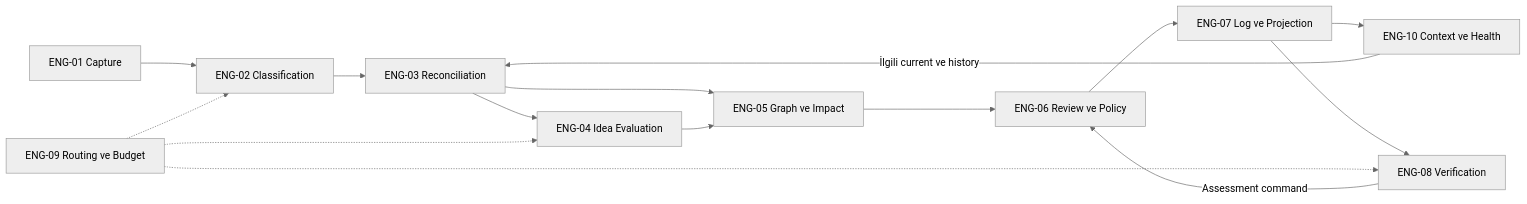
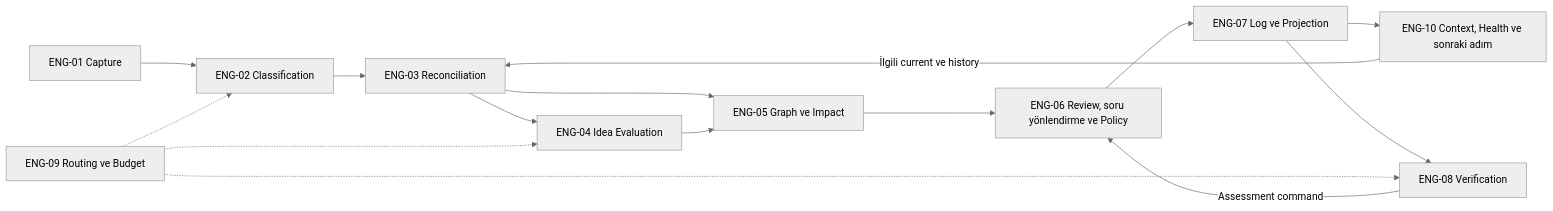
Before and after one commit to alphanAkbulut/decivora: the second of 13 diagrams in docs/architecture/diagrams.md, drawn with Mermaid (neutral theme). The commit also changed other lines of this file and 15 other files, not shown here.

Commit message:
docs: align diagrams and define administration and operations

````diff
--- a/docs/architecture/diagrams.md
+++ b/docs/architecture/diagrams.md
@@ -45,17 +47,17 @@
 ```mermaid
 flowchart LR
     E1[ENG-01 Capture] --> E2[ENG-02 Classification]
     E2 --> E3[ENG-03 Reconciliation]
     E3 --> E4[ENG-04 Idea Evaluation]
     E3 --> E5[ENG-05 Graph ve Impact]
     E4 --> E5
-    E5 --> E6[ENG-06 Review ve Policy]
+    E5 --> E6[ENG-06 Review, soru yönlendirme ve Policy]
     E6 --> E7[ENG-07 Log ve Projection]
-    E7 --> E10[ENG-10 Context ve Health]
+    E7 --> E10[ENG-10 Context, Health ve sonraki adım]
     E10 -->|İlgili current ve history| E3
     E7 --> E8[ENG-08 Verification]
     E8 -->|Assessment command| E6
     E9[ENG-09 Routing ve Budget] -.-> E2
     E9 -.-> E4
     E9 -.-> E8
 ```
````
